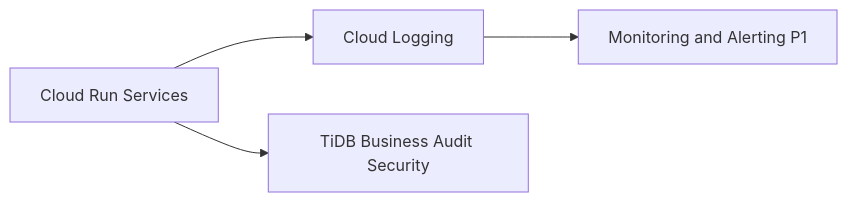
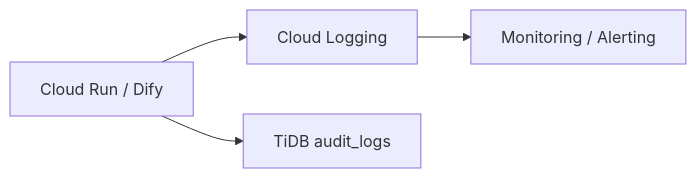
One commit to jyogi-web/Jyogi_Navi changed the second of 2 diagrams in docs/08_logging.md. Above: the diagram before and after it, drawn with Mermaid. The commit also changed other lines of this file and 6 other files, not shown here.

````diff
--- a/docs/08_logging.md
+++ b/docs/08_logging.md
@@ -272,6 +176,6 @@
 ```mermaid
 flowchart LR
-    App[Cloud Run Services] --> GL[Cloud Logging]
-    App --> TIDB[TiDB Business Audit Security]
-    GL --> Mon[Monitoring and Alerting P1]
+    App[Cloud Run / Dify] --> CL[Cloud Logging]
+    App --> TIDB[TiDB audit_logs]
+    CL --> Mon[Monitoring / Alerting]
 ```
````
